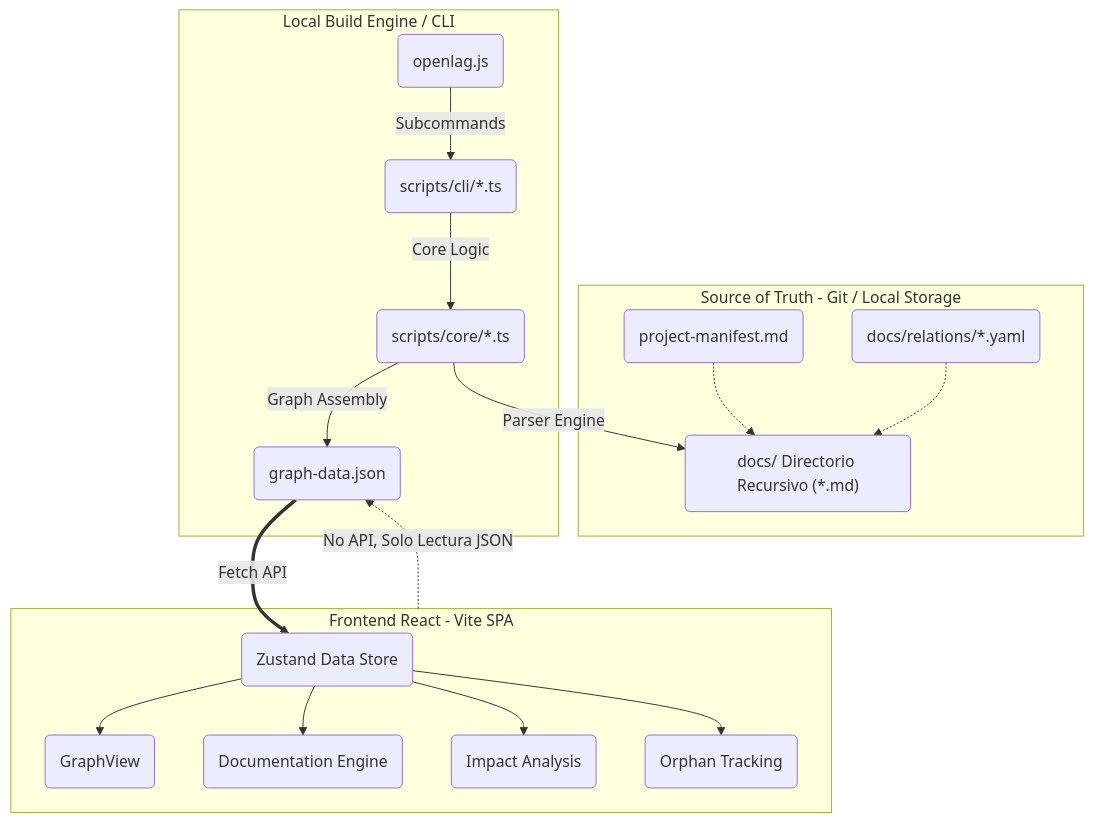
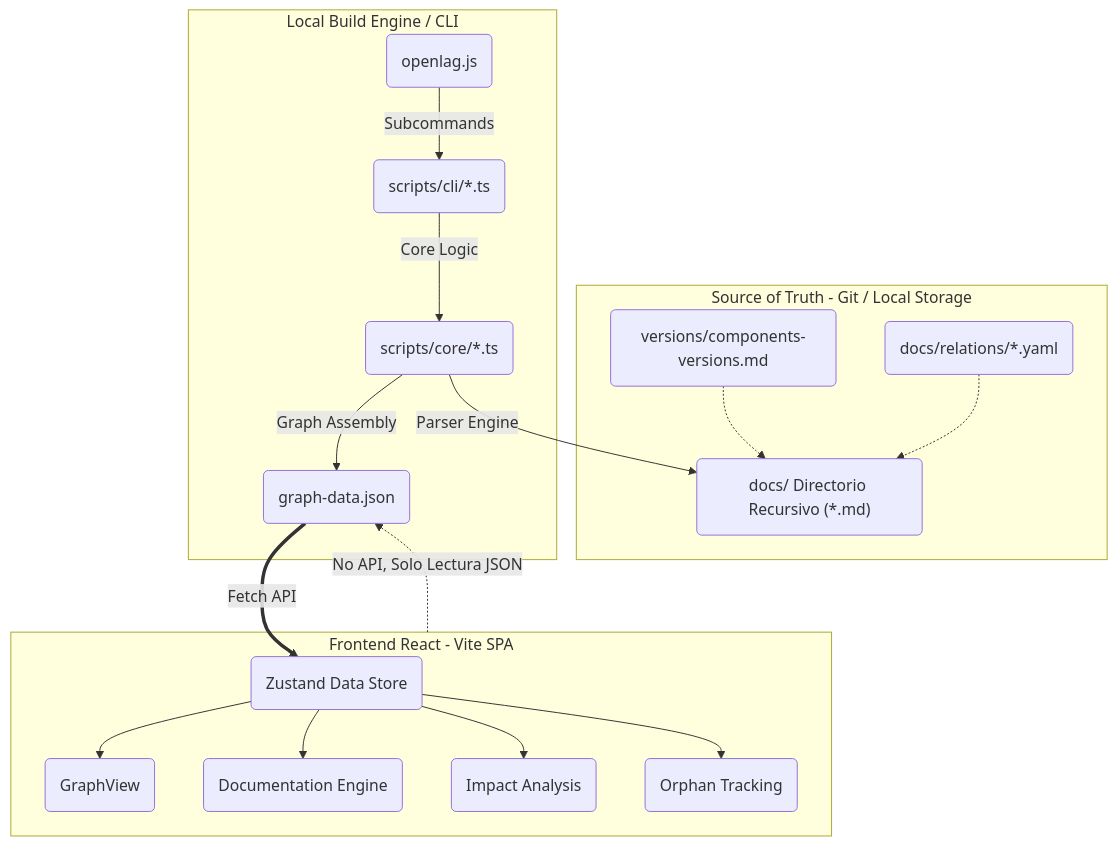
Before and after one commit to donartcha/OpenLAG: the first of 2 diagrams in DOCUMENTACION_OPENLAG.md, drawn with Mermaid. The commit also changed other lines of this file and 65 other files, not shown here.

````diff
--- a/DOCUMENTACION_OPENLAG.md
+++ b/DOCUMENTACION_OPENLAG.md
@@ -117,27 +119,28 @@
 ```mermaid
 graph TD
     subgraph DataLayer [Source of Truth - Git / Local Storage]
-        MF("project-manifest.md")
+        MF("versions/versions.md")
+        MF("versions/components-versions.md")
         REL("docs/relations/*.yaml")
         DIR("docs/ Directorio Recursivo (*.md)")
         MF -.-> DIR
         REL -.-> DIR
     end
 
     subgraph Compiler [Local Build Engine / CLI]
         CLI("openlag.js") -- "Subcommands" --> SUBS("scripts/cli/*.ts")
         SUBS -- "Core Logic" --> CORE("scripts/core/*.ts")
         CORE -- "Parser Engine" --> DIR
         CORE -- "Graph Assembly" --> JSON("graph-data.json")
     end
 
     subgraph ClientApp [Frontend React - Vite SPA]
         JSON == "Fetch API" ==> ZUS("Zustand Data Store")
         ZUS --> GR("GraphView")
         ZUS --> DC("Documentation Engine")
         ZUS --> IMP("Impact Analysis")
         ZUS --> ORP("Orphan Tracking")
     end
 
     ClientApp -. "No API, Solo Lectura JSON" .-> JSON
 ```
````
